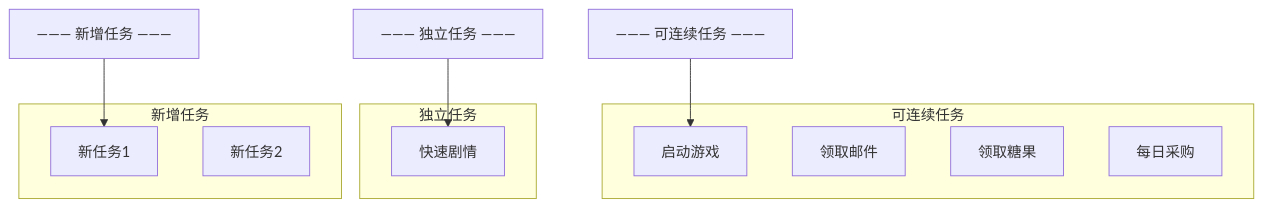
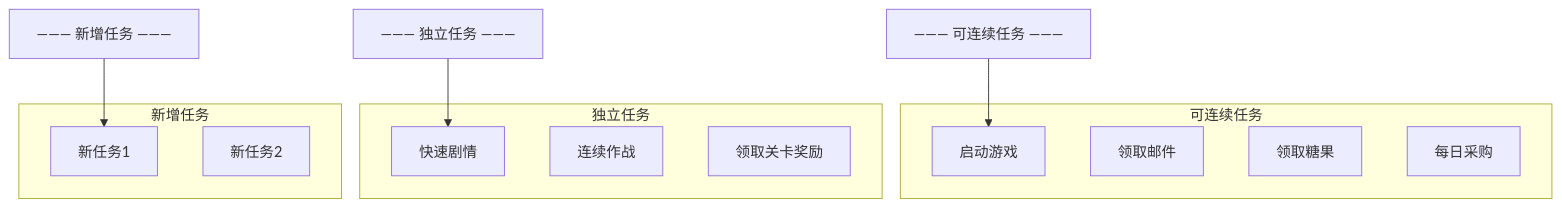
Before and after one commit to kqcoxn/MaaDuDuL: the second of 4 diagrams in .qoder/repowiki/zh/content/系统架构与设计/配置体系与资源管理/界面接口配置/任务列表配置/任务列表配置.md, drawn with Mermaid. The commit also changed other lines of this file and 12 other files, not shown here.

````diff
--- a/.qoder/repowiki/zh/content/系统架构与设计/配置体系与资源管理/界面接口配置/任务列表配置/任务列表配置.md
+++ b/.qoder/repowiki/zh/content/系统架构与设计/配置体系与资源管理/界面接口配置/任务列表配置/任务列表配置.md
@@ -151,19 +173,21 @@
 ```mermaid
 graph TB
 subgraph "可连续任务"
 A[启动游戏]
 B[领取邮件]
 C[领取糖果]
 D[每日采购]
 end
 subgraph "独立任务"
 E[快速剧情]
+F[连续作战]
+G[领取关卡奖励]
 end
 subgraph "新增任务"
-F[新任务1]
-G[新任务2]
+H[新任务1]
+I[新任务2]
 end
 Separator1["——— 可连续任务 ———"] --> A
 Separator2["——— 独立任务 ———"] --> E
-Separator3["——— 新增任务 ———"] --> F
+Separator3["——— 新增任务 ———"] --> H
 ```
````
